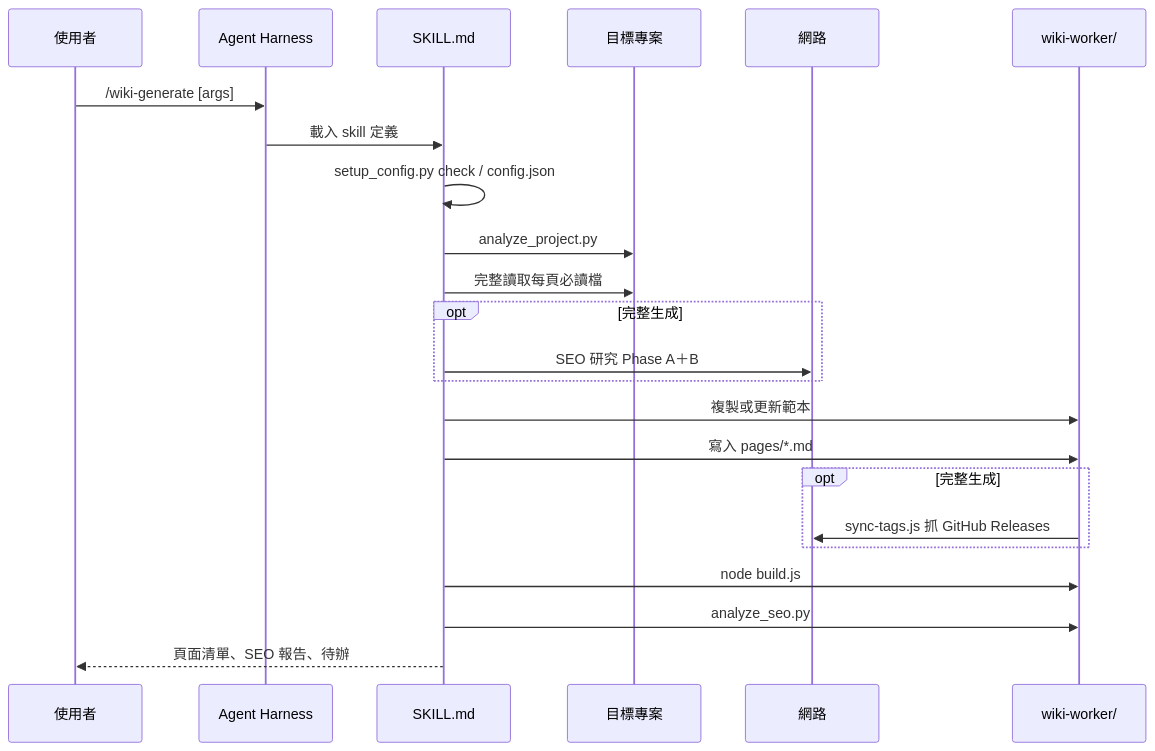
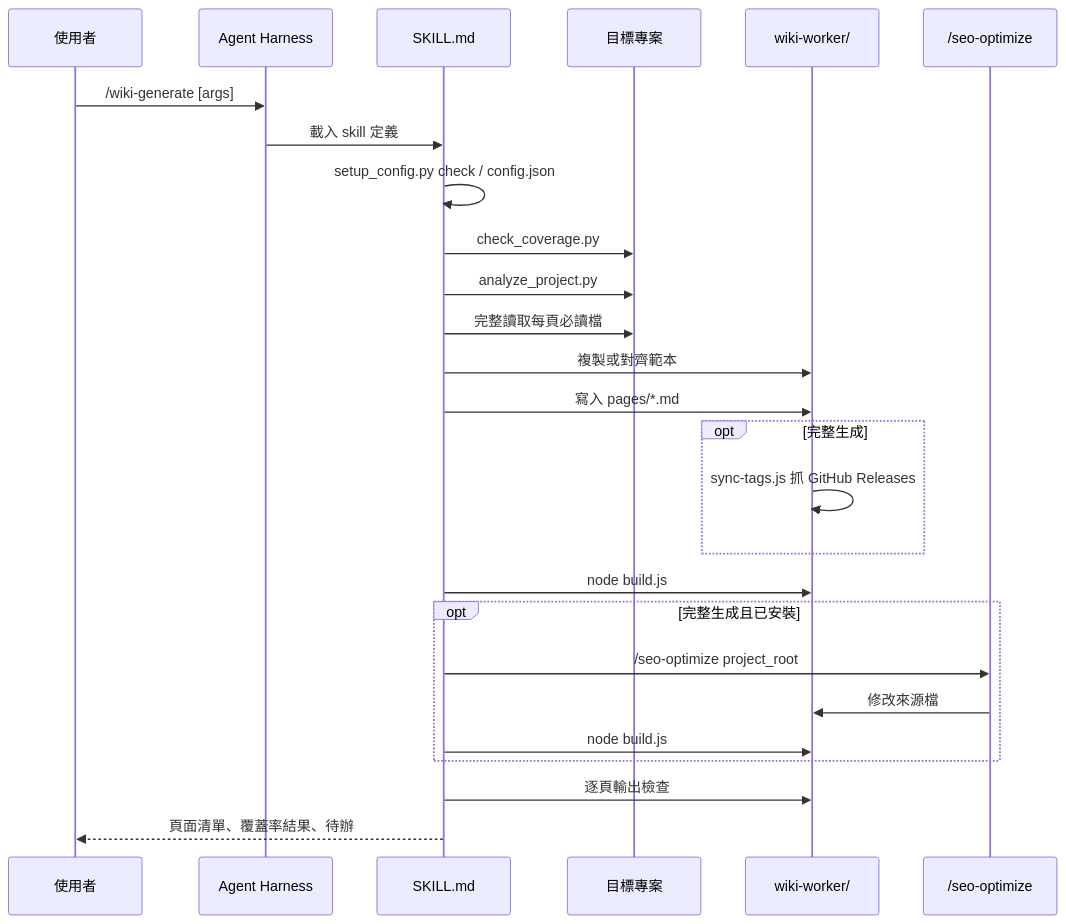
The eighth of 9 diagrams in doc/architecture.zh.md (agenvoy/skill-wiki-generate), drawn with Mermaid before and after one commit. The commit also changed other lines of this file and 13 other files, not shown here.

Commit message:
breaking: Delegate SEO to /seo-optimize and remove built-in SEO scripts

````diff
--- a/doc/architecture.zh.md
+++ b/doc/architecture.zh.md
@@ -131,26 +155,29 @@
 ```mermaid
 sequenceDiagram
     participant User as 使用者
     participant Agent as Agent Harness
     participant Skill as SKILL.md
     participant Src as 目標專案
-    participant Web as 網路
     participant Worker as wiki-worker/
+    participant SEO as /seo-optimize
 
     User->>Agent: /wiki-generate [args]
     Agent->>Skill: 載入 skill 定義
     Skill->>Skill: setup_config.py check / config.json
+    Skill->>Src: check_coverage.py
     Skill->>Src: analyze_project.py
     Skill->>Src: 完整讀取每頁必讀檔
-    opt 完整生成
-        Skill->>Web: SEO 研究 Phase A＋B
-    end
-    Skill->>Worker: 複製或更新範本
+    Skill->>Worker: 複製或對齊範本
     Skill->>Worker: 寫入 pages/*.md
     opt 完整生成
-        Worker->>Web: sync-tags.js 抓 GitHub Releases
+        Worker->>Worker: sync-tags.js 抓 GitHub Releases
     end
     Skill->>Worker: node build.js
-    Skill->>Worker: analyze_seo.py
-    Skill-->>User: 頁面清單、SEO 報告、待辦
+    opt 完整生成且已安裝
+        Skill->>SEO: /seo-optimize project_root
+        SEO->>Worker: 修改來源檔
+        Skill->>Worker: node build.js
+    end
+    Skill->>Worker: 逐頁輸出檢查
+    Skill-->>User: 頁面清單、覆蓋率結果、待辦
 ```
````
